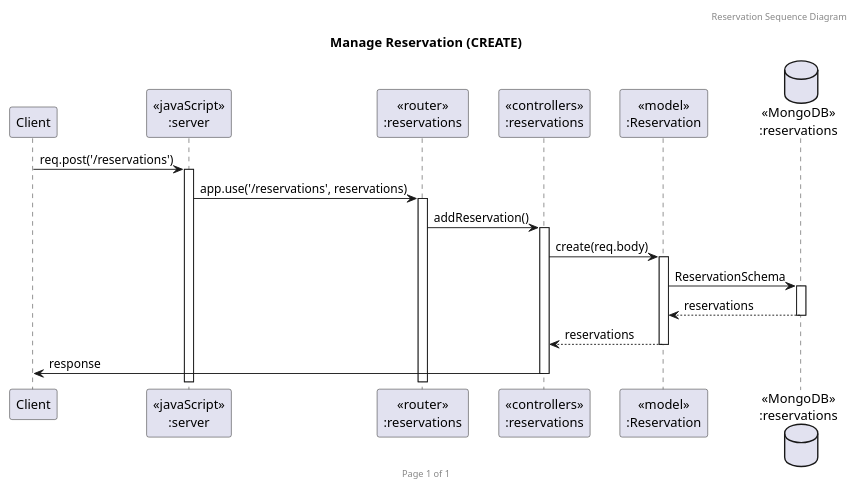
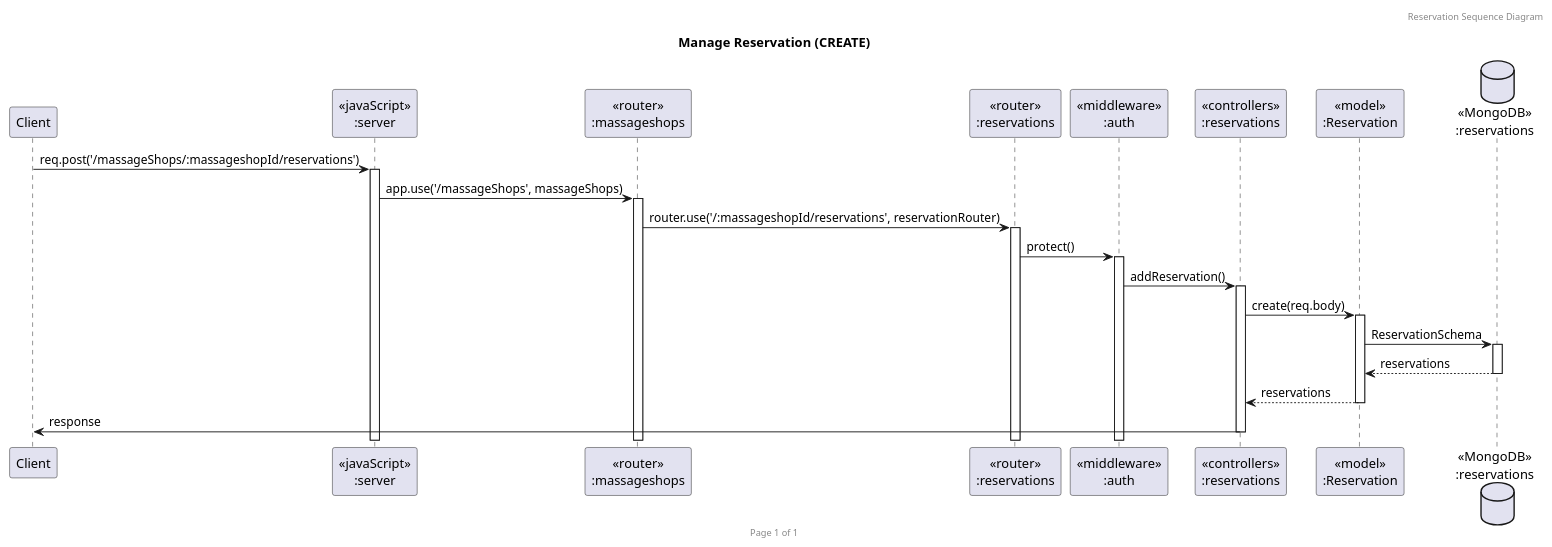
Before and after one commit to 2110503TACEDT66/presentation-day-1-organic-soi-ju: the diagram in CreateRes.puml, drawn with PlantUML. The commit also changed 3 other files, not shown here.

```diff
--- a/CreateRes.puml
+++ b/CreateRes.puml
@@ -1,23 +1,27 @@
 @startuml Manage Reservation (CREATE)
 
 header Reservation Sequence Diagram
 footer Page %page% of %lastpage%
 title "Manage Reservation (CREATE)"
 
 participant "Client" as client
 participant "<<javaScript>>\n:server" as server
+participant "<<router>>\n:massageshops" as routerMassageShops
 participant "<<router>>\n:reservations" as routerReservations
+participant "<<middleware>>\n:auth" as middleware
 participant "<<controllers>>\n:reservations" as controllersReservations
 participant "<<model>>\n:Reservation" as modelReservation
 database "<<MongoDB>>\n:reservations" as ReservationsDatabase
 
-client->server ++:req.post('/reservations')
-server->routerReservations ++:app.use('/reservations', reservations)
-routerReservations -> controllersReservations ++:addReservation()
+client->server ++:req.post('/massageShops/:massageshopId/reservations')
+server->routerMassageShops ++:app.use('/massageShops', massageShops)
+routerMassageShops -> routerReservations ++: router.use('/:massageshopId/reservations', reservationRouter)
+routerReservations -> middleware ++: protect()
+middleware -> controllersReservations ++:addReservation()
 controllersReservations -> modelReservation ++: create(req.body)
 modelReservation ->ReservationsDatabase ++: ReservationSchema
 ReservationsDatabase --> modelReservation --: reservations
 controllersReservations <-- modelReservation --:reservations
 controllersReservations->client --:response
 
 @enduml
```
